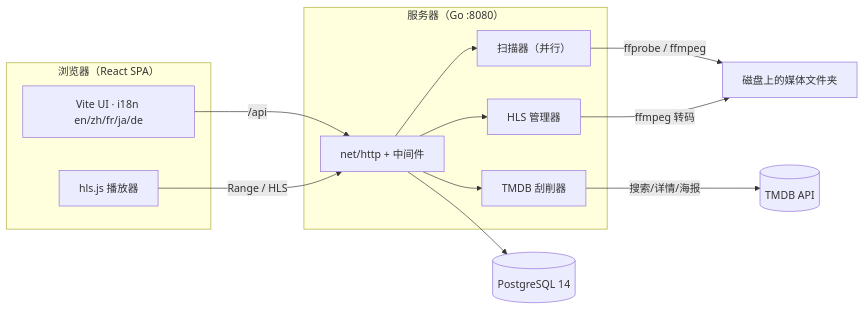
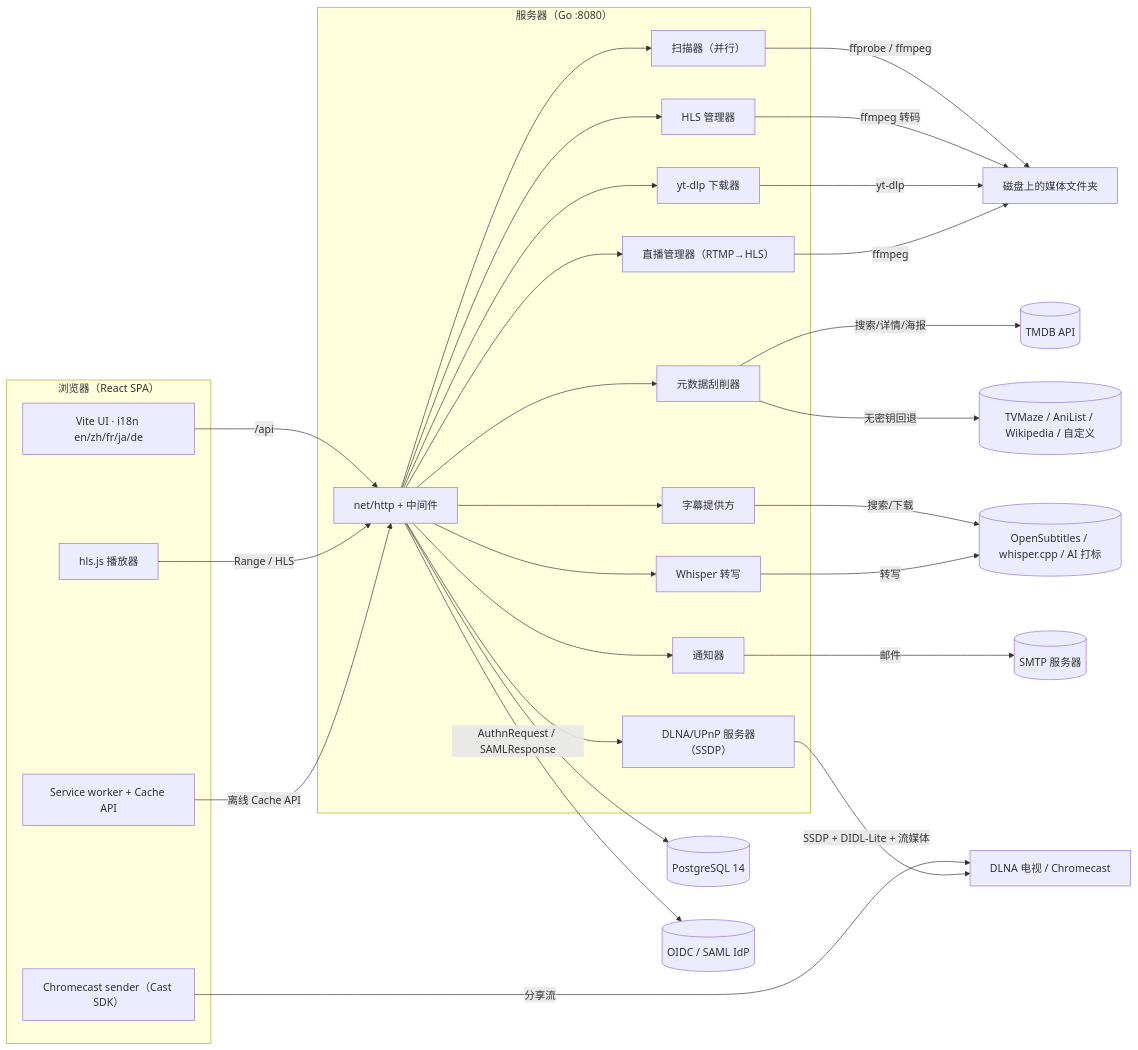
One commit to T-bagwell/videocms changed the first of 4 diagrams in docs/architecture.zh-CN.md. Above: the diagram before and after it, drawn with Mermaid. The commit also changed other lines of this file, not shown here.

Commit message:
docs(architecture.zh-CN): refresh diagrams, schema, config and extension points

````diff
--- a/docs/architecture.zh-CN.md
+++ b/docs/architecture.zh-CN.md
@@ -27,26 +27,55 @@
 ```mermaid
 flowchart LR
     subgraph Browser["浏览器（React SPA）"]
         UI["Vite UI · i18n en/zh/fr/ja/de"]
         HLS["hls.js 播放器"]
+        CAST["Chromecast sender（Cast SDK）"]
+        PWA["Service worker + Cache API"]
     end
     subgraph Server["服务器（Go :8080）"]
         API["net/http + 中间件"]
         SCAN["扫描器（并行）"]
         HLSM["HLS 管理器"]
-        SCR["TMDB 刮削器"]
+        SCR["元数据刮削器"]
+        DL["yt-dlp 下载器"]
+        LIVE["直播管理器（RTMP→HLS）"]
+        WHIS["Whisper 转写"]
+        SUB["字幕提供方"]
+        NOT["通知器"]
+        DLNA["DLNA/UPnP 服务器（SSDP）"]
     end
     DB[("PostgreSQL 14")]
     DISK["磁盘上的媒体文件夹"]
     TMDB[("TMDB API")]
+    META[("TVMaze / AniList / Wikipedia / 自定义")]
+    OS[("OpenSubtitles / whisper.cpp / AI 打标")]
+    IDP[("OIDC / SAML IdP")]
+    TV["DLNA 电视 / Chromecast"]
+    SMTP[("SMTP 服务器")]
 
     UI -->|"/api"| API
     HLS -->|"Range / HLS"| API
+    PWA -->|"离线 Cache API"| API
+    CAST -->|"分享流"| TV
     API --> DB
     API --> SCAN
     API --> HLSM
     API --> SCR
+    API --> DL
+    API --> LIVE
+    API --> WHIS
+    API --> SUB
+    API --> NOT
+    API --> DLNA
     SCAN -->|"ffprobe / ffmpeg"| DISK
     HLSM -->|"ffmpeg 转码"| DISK
+    DL -->|"yt-dlp"| DISK
+    LIVE -->|"ffmpeg"| DISK
     SCR -->|"搜索/详情/海报"| TMDB
+    SCR -->|"无密钥回退"| META
+    SUB -->|"搜索/下载"| OS
+    WHIS -->|"转写"| OS
+    DLNA -->|"SSDP + DIDL-Lite + 流媒体"| TV
+    API -->|"AuthnRequest / SAMLResponse"| IDP
+    NOT -->|"邮件"| SMTP
 ```
````
